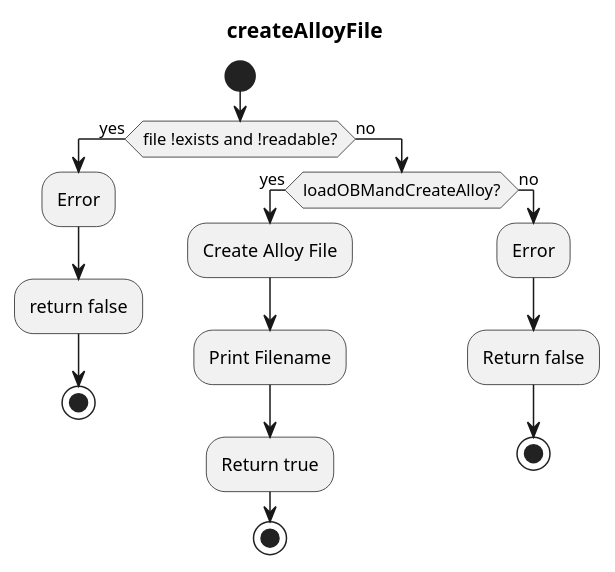
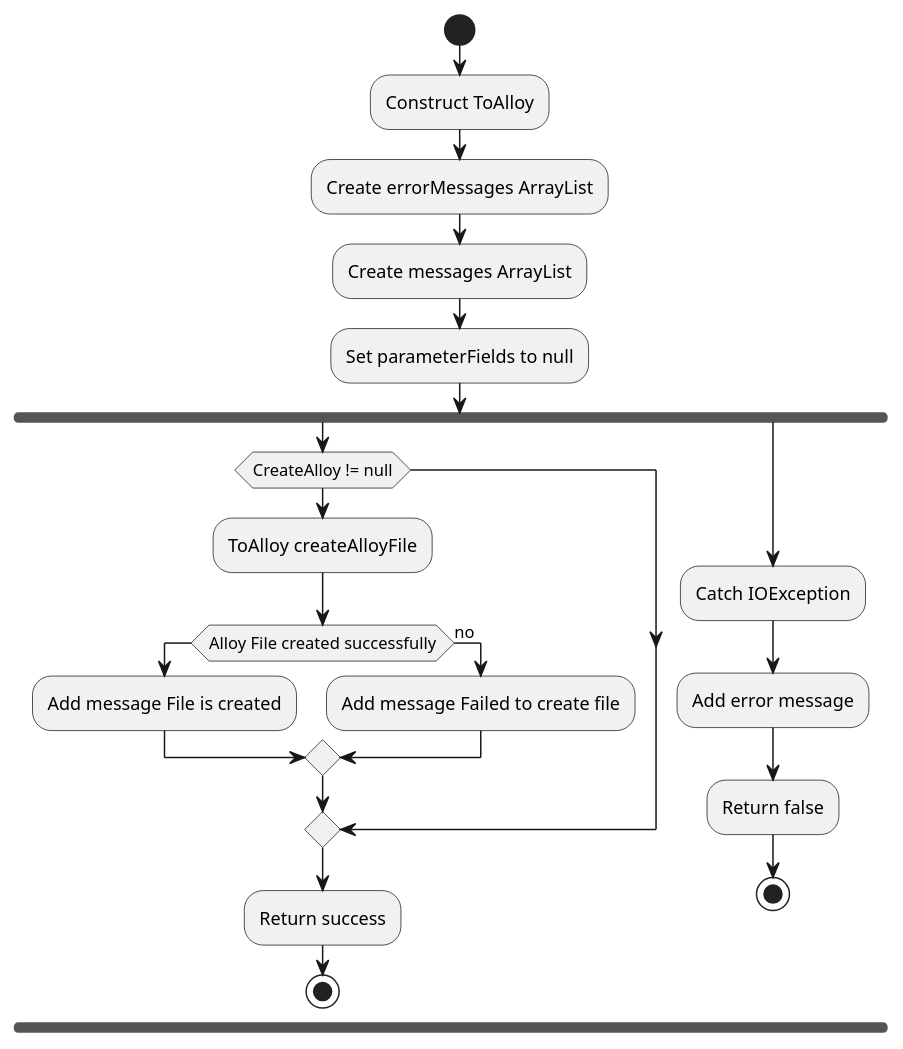
Before and after one commit to ontological-behavior-modeling/tester: the diagram in src/main/javadoc/edu/gatech/gtri/obm/translator/alloy/fromxmi/doc-files/OBMXMI2Alloy_createAlloyFile.puml, drawn with PlantUML. The commit also changed 33 other files, not shown here.

```diff
--- a/src/main/javadoc/edu/gatech/gtri/obm/translator/alloy/fromxmi/doc-files/OBMXMI2Alloy_createAlloyFile.puml
+++ b/src/main/javadoc/edu/gatech/gtri/obm/translator/alloy/fromxmi/doc-files/OBMXMI2Alloy_createAlloyFile.puml
@@ -1,20 +1,23 @@
 @startuml
 start
-title createAlloyFile
-if (file !exists and !readable?) then (yes)
- :Error;
- :return false;
- stop
-else (no)
- if (loadOBMandCreateAlloy?) then (yes)
-  :Create Alloy File;
-  :Print Filename;
-  :Return true;
-  stop
- else(no)
-  :Error;
-  :Return false;
-  stop
- endif
-endif
+	:Construct ToAlloy;
+	:Create errorMessages ArrayList;
+	:Create messages ArrayList;
+	:Set parameterFields to null;
+	fork
+	if(CreateAlloy != null)
+		:ToAlloy createAlloyFile;
+		if(Alloy File created successfully)
+			:Add message File is created;
+		else(no)
+			:Add message Failed to create file;
+		endif
+	endif
+	:Return success;
+	stop
+	fork again
+		:Catch IOException;
+		:Add error message;
+		:Return false;
+	stop
 @enduml
```
